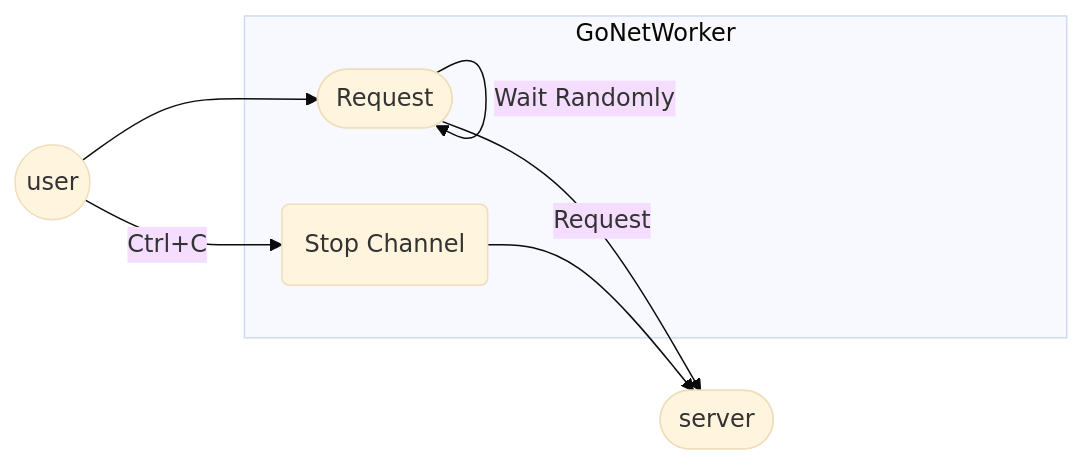
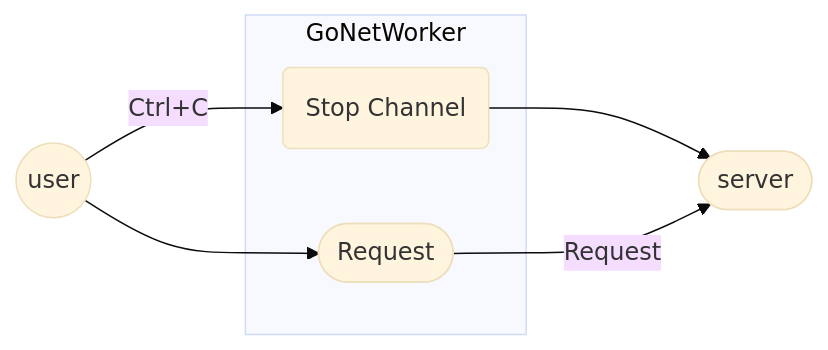
Before and after one commit to S0okJu/GoNetWorker: the diagram in README.md, drawn with Mermaid (base theme).

Commit message:
[Feat] Fix README.md

````diff
--- a/README.md
+++ b/README.md
@@ -37,16 +37,16 @@
 ```mermaid
 flowchart LR
 	subgraph GoNetWorker
 	stop_ch(Stop Channel)
-	req([Request])--Wait Randomly-->req
+	req([Request])
 	end
 	
 	user((user))
 	server([server])
 
 	user --Ctrl+C-->stop_ch
 	stop_ch-->server
 
 	user -->req
 	req --Request-->server
 ```
````
